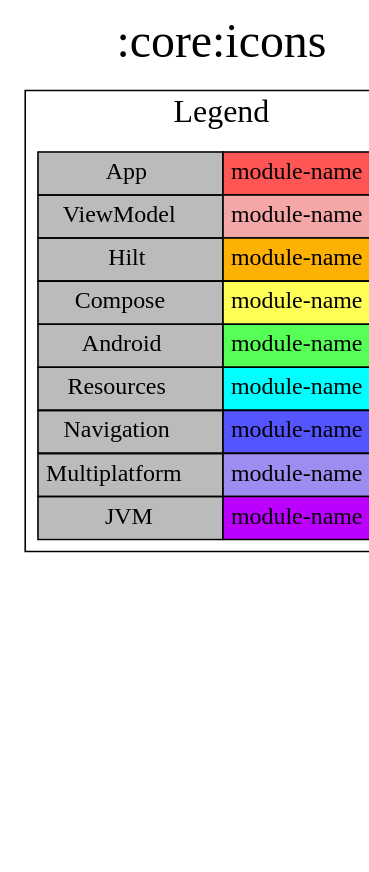
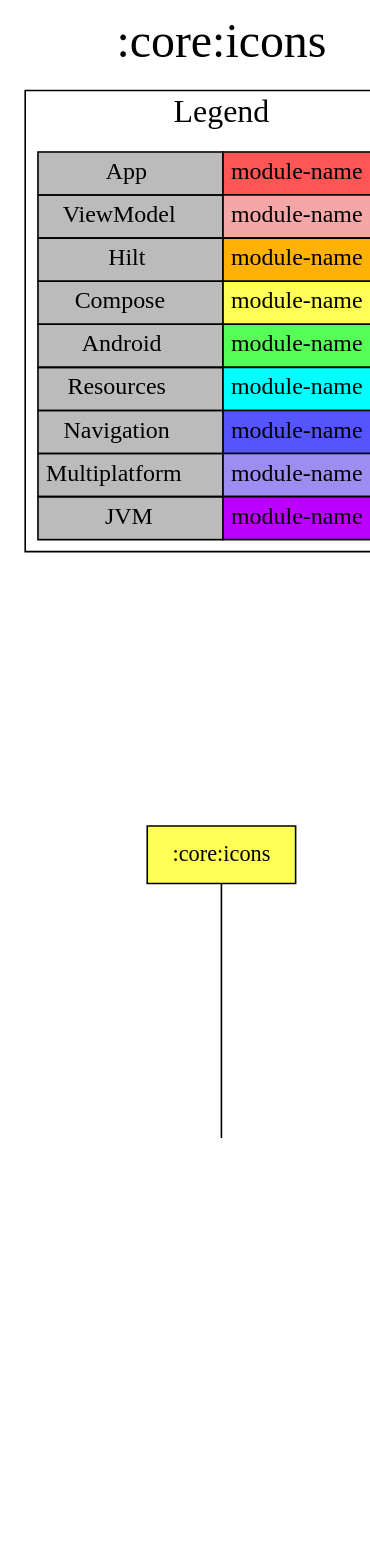
One commit to jonapoul/aktual changed the diagram in modules/core/icons/project-dependency-graph.dot. Above: the diagram before and after it, drawn with Graphviz. The commit also changed 31 other files, not shown here.

```diff
--- a/modules/core/icons/project-dependency-graph.dot
+++ b/modules/core/icons/project-dependency-graph.dot
@@ -1,27 +1,33 @@
 digraph {
 edge ["dir"="forward"]
 graph ["dpi"="100","label"=":core:icons","labelloc"="t","fontsize"="30","ranksep"="2.5","rankdir"="TB"]
 node ["style"="filled"]
 ":core:icons" ["fillcolor"="#FFFF55","shape"="box"]
+":core:ui" ["fillcolor"="#FFFF55","shape"="box"]
+":core:model" ["fillcolor"="#BB00FF","shape"="box"]
+":core:res" ["fillcolor"="#00FFFF","shape"="box"]
 {
 edge ["dir"="none"]
 graph ["rank"="same"]
 }
+":core:icons" -> ":core:ui"
+":core:ui" -> ":core:model"
+":core:ui" -> ":core:res"
 subgraph "cluster_legend" {
 edge ["dir"="none"]
 graph ["label"="Legend","fontsize"="20"]
 "Legend" ["style"="filled","fillcolor"="#bbbbbb","shape"="none","margin"="0","fontsize"="15","label"=<
 <TABLE BORDER="0" CELLBORDER="1" CELLSPACING="0" CELLPADDING="4">
 <TR><TD>App</TD><TD BGCOLOR="#FF5555">module-name</TD></TR>
 <TR><TD>ViewModel</TD><TD BGCOLOR="#F5A6A6">module-name</TD></TR>
 <TR><TD>Hilt</TD><TD BGCOLOR="#FCB103">module-name</TD></TR>
 <TR><TD>Compose</TD><TD BGCOLOR="#FFFF55">module-name</TD></TR>
 <TR><TD>Android</TD><TD BGCOLOR="#55FF55">module-name</TD></TR>
 <TR><TD>Resources</TD><TD BGCOLOR="#00FFFF">module-name</TD></TR>
 <TR><TD>Navigation</TD><TD BGCOLOR="#5555FF">module-name</TD></TR>
 <TR><TD>Multiplatform</TD><TD BGCOLOR="#9D8DF1">module-name</TD></TR>
 <TR><TD>JVM</TD><TD BGCOLOR="#BB00FF">module-name</TD></TR>
 </TABLE>
 >]
 } -> ":core:icons" ["style"="invis"]
 }
```
